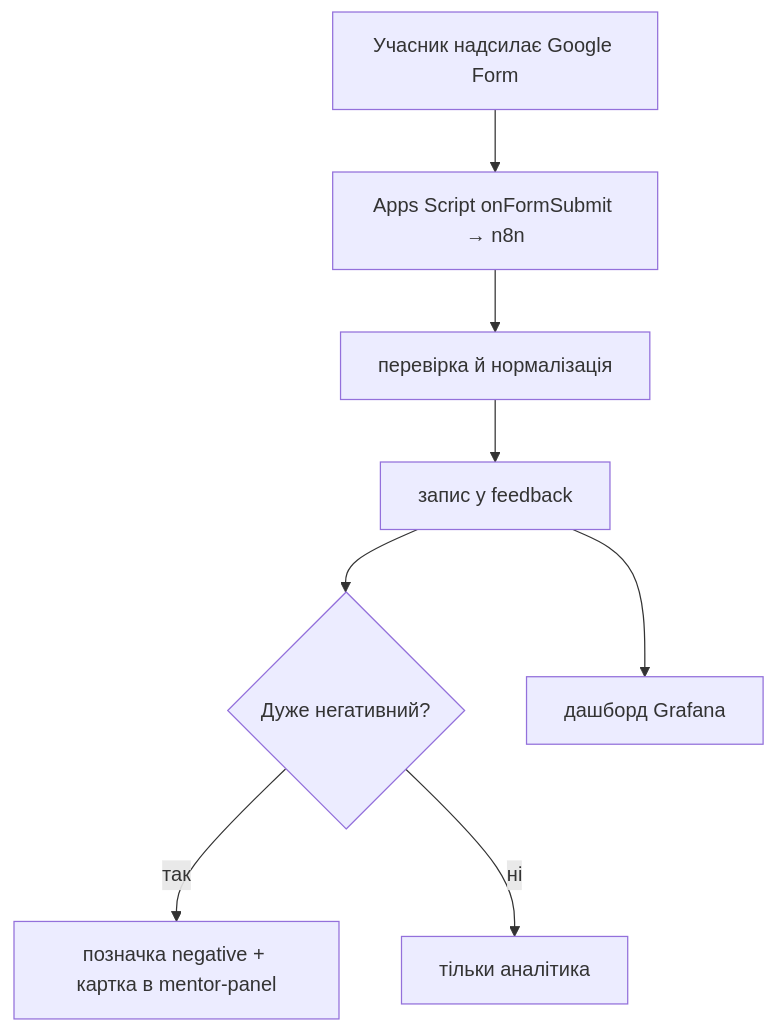
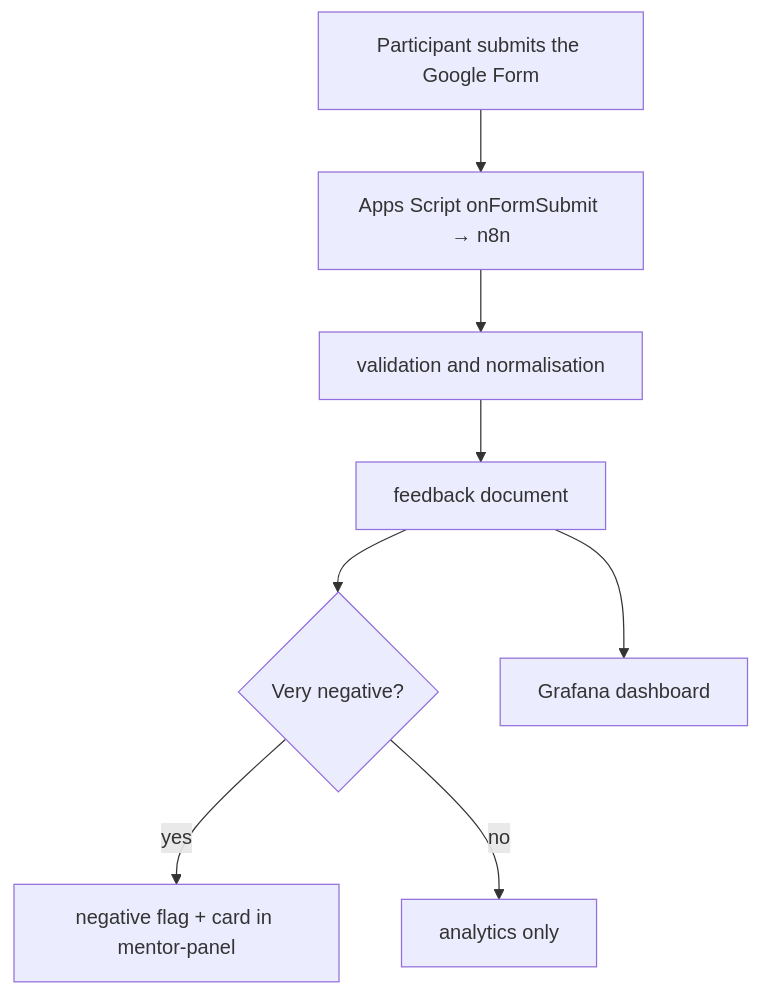
One commit to mentorflow-lpnu/MentorFlow changed the diagram in docs/features/03-feedback.md. Above: the diagram before and after it, drawn with Mermaid. The commit also changed other lines of this file and 57 other files, not shown here.

````diff
--- a/docs/features/03-feedback.md
+++ b/docs/features/03-feedback.md
@@ -71,10 +71,10 @@
 ```mermaid
 flowchart TD
-  A[Учасник надсилає Google Form] --> B[Apps Script onFormSubmit → n8n]
-  B --> C[перевірка й нормалізація]
-  C --> D[запис у feedback]
-  D --> E{Дуже негативний?}
-  E -->|так| F[позначка negative + картка в mentor-panel]
-  E -->|ні| G[тільки аналітика]
-  D --> H[дашборд Grafana]
+  A[Participant submits the Google Form] --> B[Apps Script onFormSubmit → n8n]
+  B --> C[validation and normalisation]
+  C --> D[feedback document]
+  D --> E{Very negative?}
+  E -->|yes| F[negative flag + card in mentor-panel]
+  E -->|no| G[analytics only]
+  D --> H[Grafana dashboard]
 ```
````
